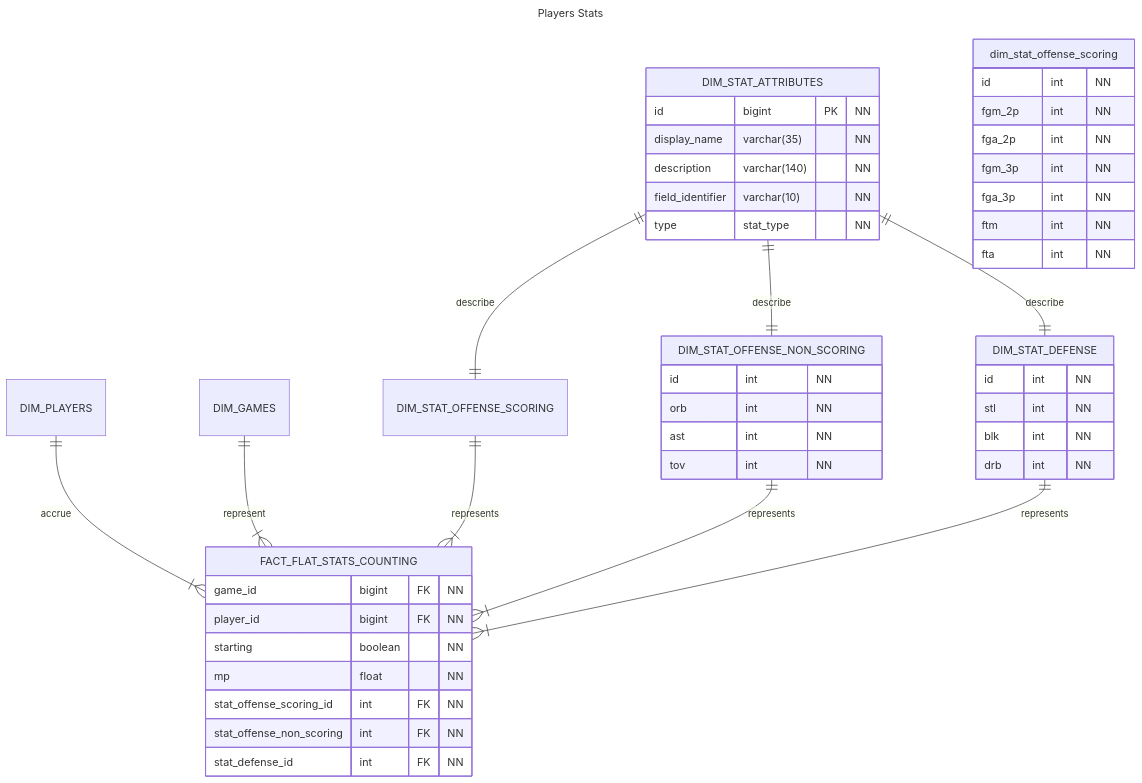
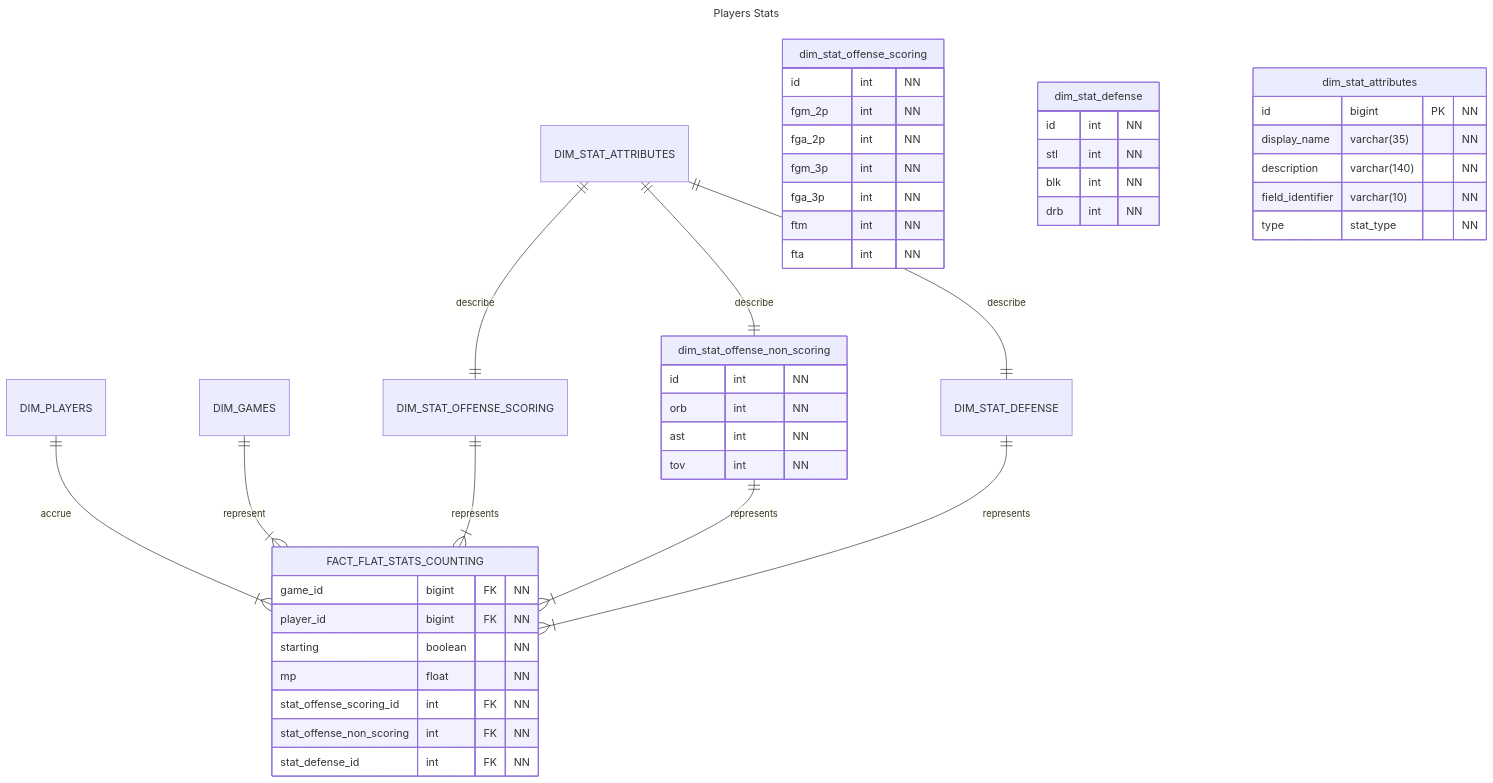
The diagram in docs/database/erd/players/players-counting-stats.mmd (SwolenOstrich430/basketball-stats), drawn with Mermaid before and after one commit. The commit also changed 11 other files, not shown here.

Commit message:
adding class diagrams and planning docs for bball reference and etl process

```diff
--- a/docs/database/erd/players/players-counting-stats.mmd
+++ b/docs/database/erd/players/players-counting-stats.mmd
@@ -1,55 +1,55 @@
 ---
 title: Players Stats
 ---
 
 erDiagram
     DIM_PLAYERS ||--|{ FACT_FLAT_STATS_COUNTING : accrue
     DIM_GAMES ||--|{ FACT_FLAT_STATS_COUNTING : represent
     DIM_STAT_OFFENSE_SCORING ||--|{ FACT_FLAT_STATS_COUNTING : represents
-    DIM_STAT_OFFENSE_NON_SCORING ||--|{ FACT_FLAT_STATS_COUNTING : represents
+    dim_stat_offense_non_scoring ||--|{ FACT_FLAT_STATS_COUNTING : represents
     DIM_STAT_DEFENSE ||--|{ FACT_FLAT_STATS_COUNTING : represents
     DIM_STAT_ATTRIBUTES ||--|| DIM_STAT_OFFENSE_SCORING : describe 
-    DIM_STAT_ATTRIBUTES ||--|| DIM_STAT_OFFENSE_NON_SCORING : describe 
+    DIM_STAT_ATTRIBUTES ||--|| dim_stat_offense_non_scoring : describe 
     DIM_STAT_ATTRIBUTES ||--|| DIM_STAT_DEFENSE : describe 
 
     FACT_FLAT_STATS_COUNTING {
         game_id bigint FK "NN"
         player_id bigint FK "NN" 
         starting boolean "NN"
         mp float "NN" 
         stat_offense_scoring_id int FK "NN"
         stat_offense_non_scoring int FK "NN"
         stat_defense_id int FK "NN"
     }
 
     dim_stat_offense_scoring {
         id int "NN"
         fgm_2p int "NN"
         fga_2p int "NN"
         fgm_3p int "NN"
         fga_3p int "NN"
         ftm int "NN"
         fta int "NN"
     }
 
-    DIM_STAT_OFFENSE_NON_SCORING {
+    dim_stat_offense_non_scoring {
         id int "NN"
         orb int "NN" 
         ast int "NN"
         tov int "NN"
     }
 
-    DIM_STAT_DEFENSE {
+    dim_stat_defense {
         id int "NN"
         stl int "NN"
         blk int "NN"
         drb int "NN"
     }
 
-    DIM_STAT_ATTRIBUTES {
+    dim_stat_attributes {
         id bigint PK "NN" 
         display_name varchar(35) "NN" 
         description varchar(140) "NN"
         field_identifier varchar(10) "NN"
         type stat_type "NN"
     }
```
